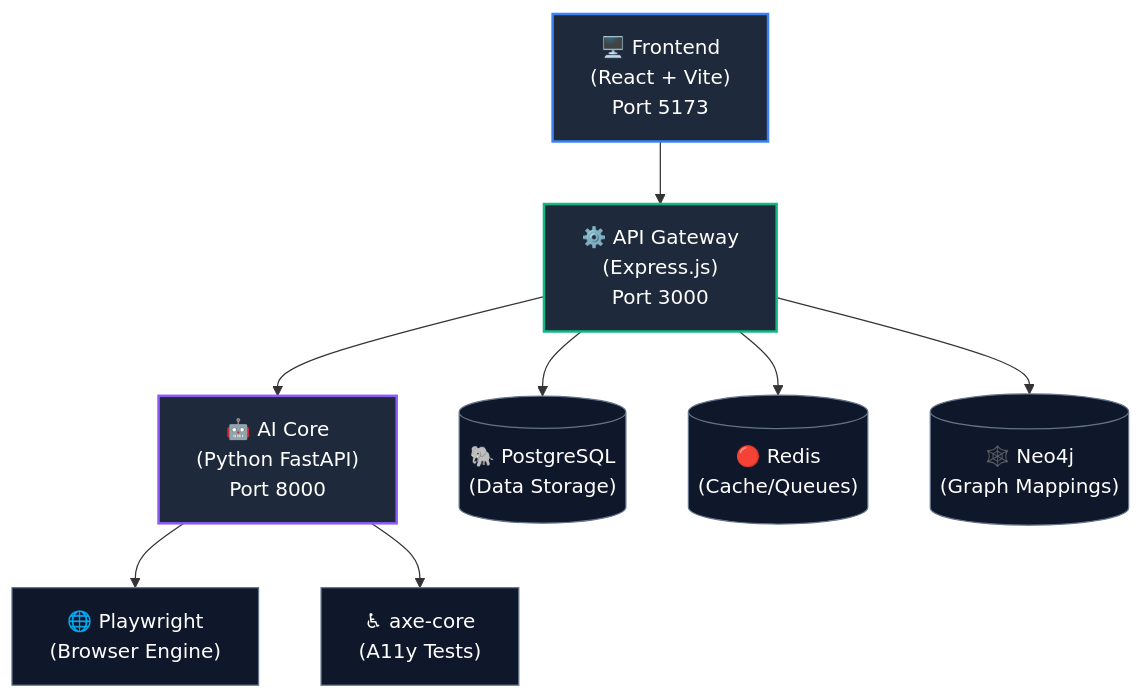
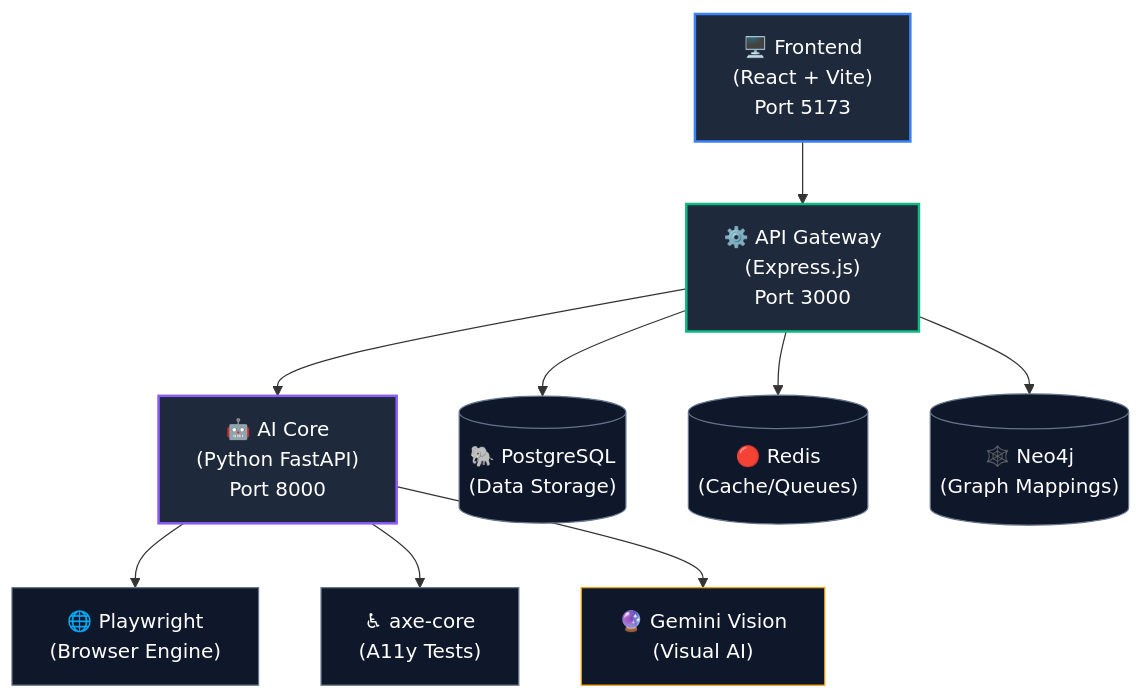
Before and after one commit to rohith2157/BUGZERO: the first of 3 diagrams in README.md, drawn with Mermaid. The commit also changed other lines of this file and 5 other files, not shown here.

````diff
--- a/README.md
+++ b/README.md
@@ -68,21 +103,23 @@
 ```mermaid
 graph TD;
     Frontend["🖥️ Frontend\n(React + Vite)\nPort 5173"] --> API["⚙️ API Gateway\n(Express.js)\nPort 3000"];
     API --> AI["🤖 AI Core\n(Python FastAPI)\nPort 8000"];
     
     API --> DB[("🐘 PostgreSQL\n(Data Storage)")]
     API --> Redis[("🔴 Redis\n(Cache/Queues)")]
     API --> Neo[("🕸️ Neo4j\n(Graph Mappings)")]
     
     AI --> PW["🌐 Playwright\n(Browser Engine)"]
     AI --> Axe["♿ axe-core\n(A11y Tests)"]
+    AI --> Gemini["🔮 Gemini Vision\n(Visual AI)"]
 
     style Frontend fill:#1E293B,stroke:#3B82F6,stroke-width:2px,color:#fff
     style API fill:#1E293B,stroke:#10B981,stroke-width:2px,color:#fff
     style AI fill:#1E293B,stroke:#8B5CF6,stroke-width:2px,color:#fff
     style DB fill:#0F172A,stroke:#64748B,color:#fff
     style Redis fill:#0F172A,stroke:#64748B,color:#fff
     style Neo fill:#0F172A,stroke:#64748B,color:#fff
     style PW fill:#0F172A,stroke:#64748B,color:#fff
     style Axe fill:#0F172A,stroke:#64748B,color:#fff
+    style Gemini fill:#0F172A,stroke:#F59E0B,color:#fff
 ```
````
